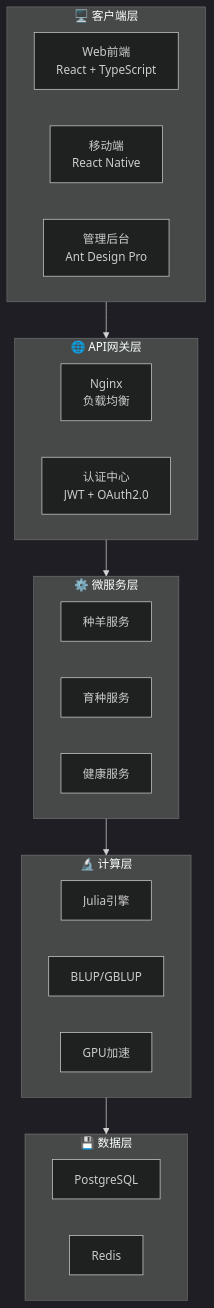
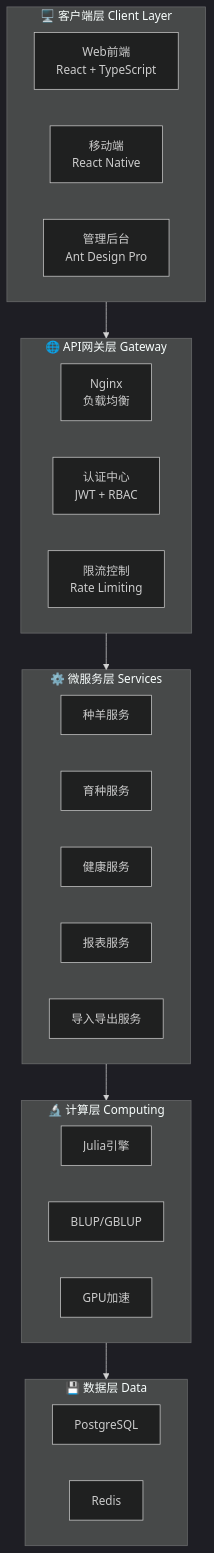
The diagram in docs/index.md (1958126580/Sheep_breeding), drawn with Mermaid (dark theme) before and after one commit. The commit also changed other lines of this file and 4 other files, not shown here.

````diff
--- a/docs/index.md
+++ b/docs/index.md
@@ -60,35 +91,38 @@
 ```mermaid
 graph TB
-    subgraph clients["🖥️ 客户端层"]
+    subgraph clients["🖥️ 客户端层 Client Layer"]
         web["Web前端<br/>React + TypeScript"]
         mobile["移动端<br/>React Native"]
         admin["管理后台<br/>Ant Design Pro"]
     end
 
-    subgraph gateway["🌐 API网关层"]
+    subgraph gateway["🌐 API网关层 Gateway"]
         nginx["Nginx<br/>负载均衡"]
-        auth["认证中心<br/>JWT + OAuth2.0"]
+        auth["认证中心<br/>JWT + RBAC"]
+        rate["限流控制<br/>Rate Limiting"]
     end
 
-    subgraph services["⚙️ 微服务层"]
+    subgraph services["⚙️ 微服务层 Services"]
         animal["种羊服务"]
         breeding["育种服务"]
         health["健康服务"]
+        report["报表服务"]
+        io["导入导出服务"]
     end
 
-    subgraph compute["🔬 计算层"]
+    subgraph compute["🔬 计算层 Computing"]
         julia["Julia引擎"]
         blup["BLUP/GBLUP"]
         gpu["GPU加速"]
     end
 
-    subgraph data["💾 数据层"]
+    subgraph data["💾 数据层 Data"]
         postgres["PostgreSQL"]
         redis["Redis"]
     end
 
     clients --> gateway
     gateway --> services
     services --> compute
     compute --> data
 ```
````
